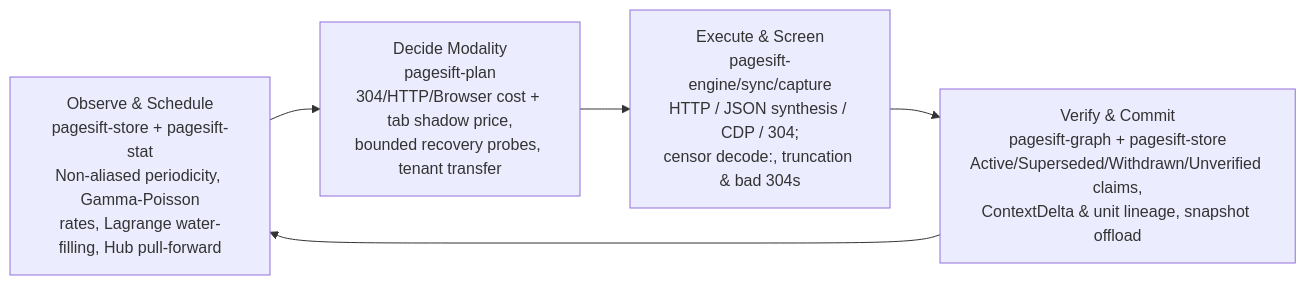
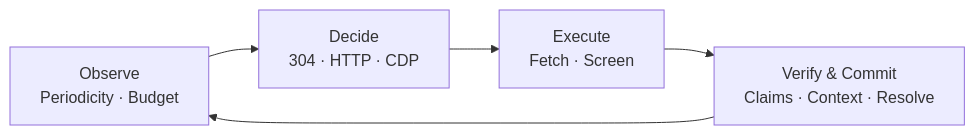
One commit to YOLOW92/pagesift changed the second of 4 diagrams in README.md. Above: the diagram before and after it, drawn with Mermaid. The commit also changed other lines of this file and 104 other files, not shown here.

````diff
--- a/README.md
+++ b/README.md
@@ -185,9 +168,9 @@
 ```mermaid
 flowchart LR
-    Obs["Observe & Schedule<br/>pagesift-store + pagesift-stat<br/>Non-aliased periodicity, Gamma-Poisson<br/>rates, Lagrange water-filling, Hub pull-forward"]
-    Dec["Decide Modality<br/>pagesift-plan<br/>304/HTTP/Browser cost + tab shadow price,<br/>bounded recovery probes, tenant transfer"]
-    Exe["Execute & Screen<br/>pagesift-engine/sync/capture<br/>HTTP / JSON synthesis / CDP / 304;<br/>censor decode:, truncation & bad 304s"]
-    Ver["Verify & Commit<br/>pagesift-graph + pagesift-store<br/>Active/Superseded/Withdrawn/Unverified claims,<br/>ContextDelta & unit lineage, snapshot offload"]
+    Obs["Observe<br/>Periodicity · Budget"]
+    Dec["Decide<br/>304 · HTTP · CDP"]
+    Exe["Execute<br/>Fetch · Screen"]
+    Ver["Verify & Commit<br/>Claims · Context · Resolve"]
 
     Obs --> Dec --> Exe --> Ver --> Obs
 ```
````
